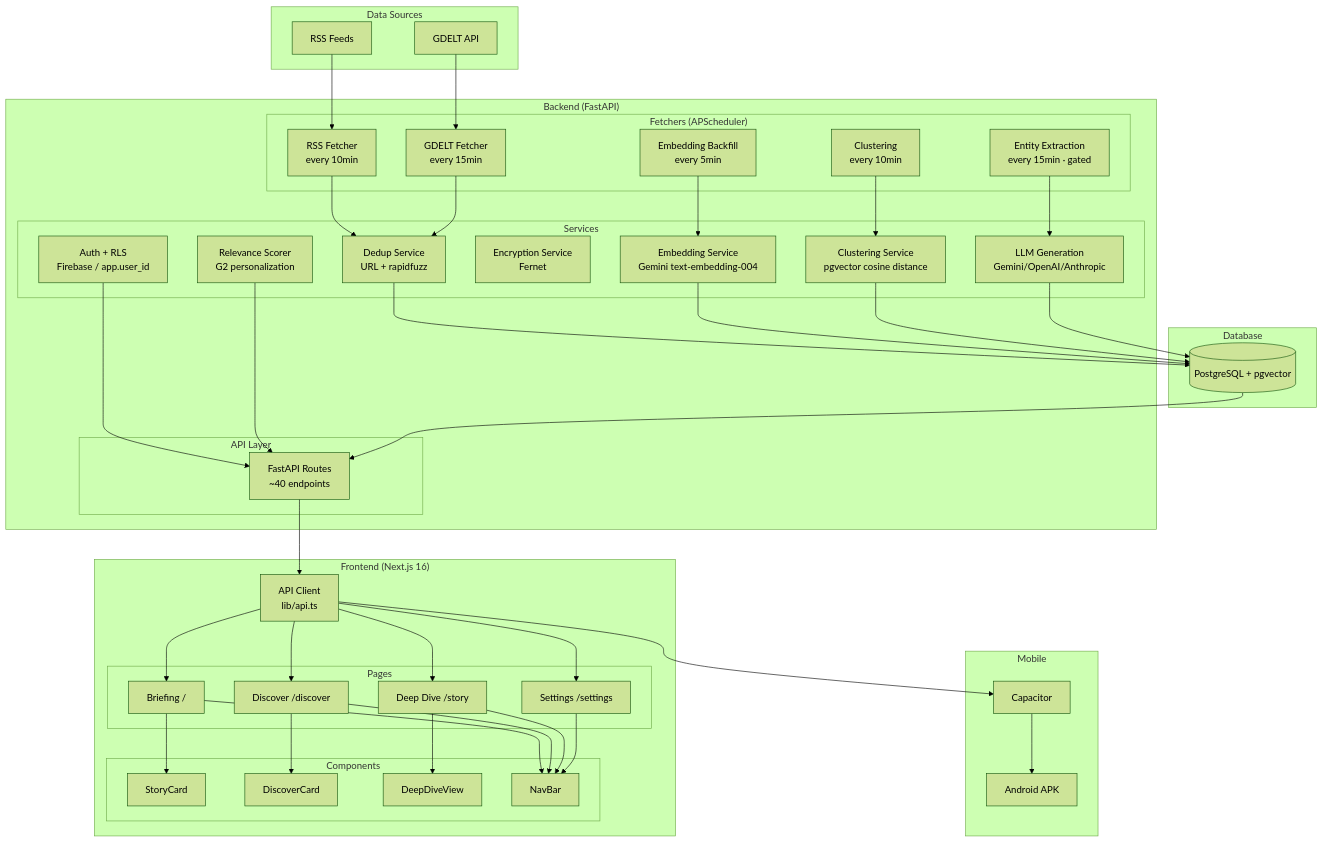
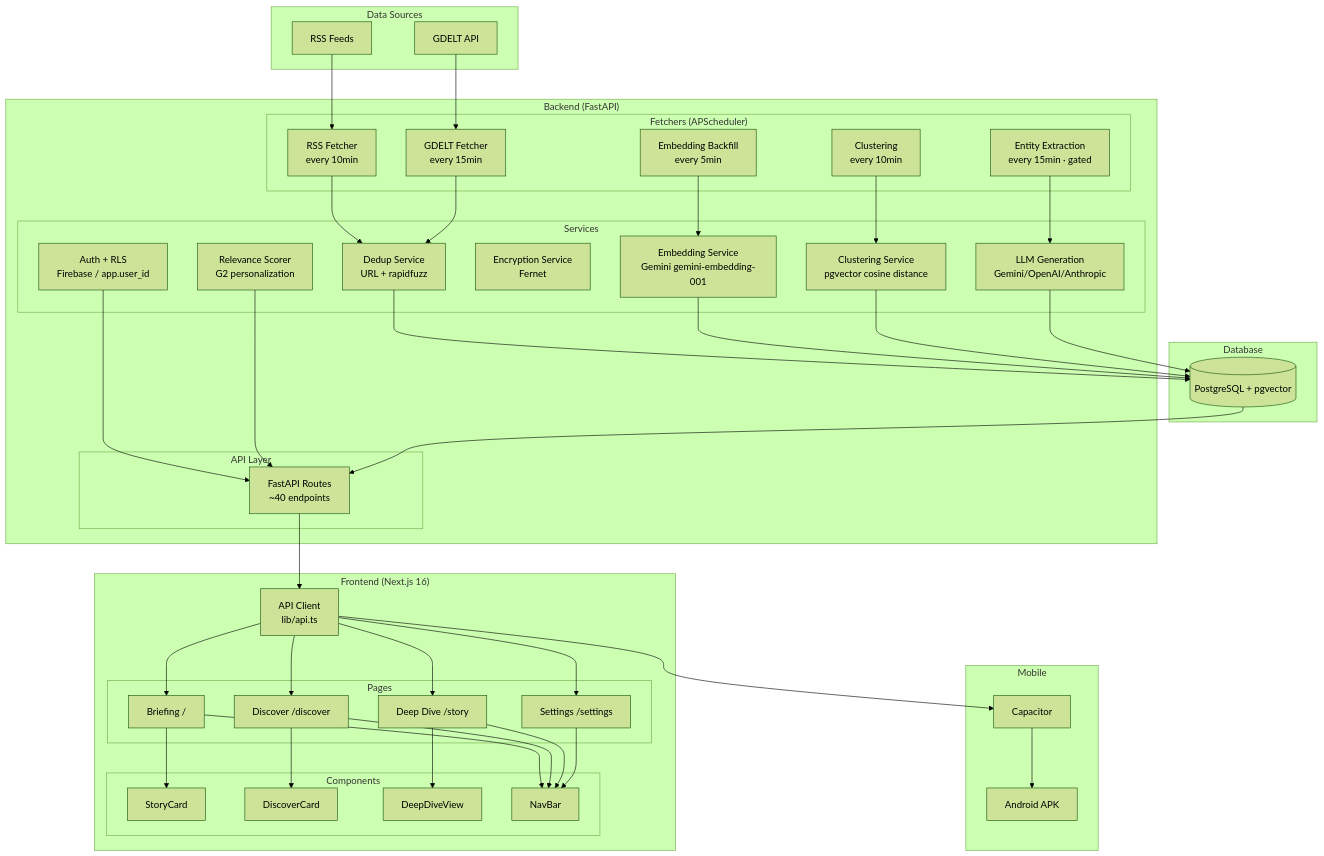
The first of 4 diagrams in ARCHITECTURE.md (Mr-Genesis/newslens), drawn with Mermaid (forest theme) before and after one commit. The commit also changed other lines of this file and 8 other files, not shown here.

First line of the commit message:
fix(embeddings): use gemini-embedding-001 (text-embedding-004 retired -> 404)

````diff
--- a/ARCHITECTURE.md
+++ b/ARCHITECTURE.md
@@ -11,76 +11,76 @@
 ```mermaid
 graph TB
     subgraph "Data Sources"
         RSS[RSS Feeds]
         GDELT[GDELT API]
     end
 
     subgraph "Backend (FastAPI)"
         subgraph "Fetchers (APScheduler)"
             RF[RSS Fetcher<br/>every 10min]
             GF[GDELT Fetcher<br/>every 15min]
             EB[Embedding Backfill<br/>every 5min]
             CL[Clustering<br/>every 10min]
             EE[Entity Extraction<br/>every 15min · gated]
         end
 
         subgraph "Services"
             DEDUP[Dedup Service<br/>URL + rapidfuzz]
-            EMB[Embedding Service<br/>Gemini text-embedding-004]
+            EMB[Embedding Service<br/>Gemini gemini-embedding-001]
             CLUST[Clustering Service<br/>pgvector cosine distance]
             ENC[Encryption Service<br/>Fernet]
             LLM[LLM Generation<br/>Gemini/OpenAI/Anthropic]
             AUTH[Auth + RLS<br/>Firebase / app.user_id]
             REL[Relevance Scorer<br/>G2 personalization]
         end
 
         subgraph "API Layer"
             ROUTES[FastAPI Routes<br/>~40 endpoints]
         end
     end
 
     subgraph "Database"
         PG[(PostgreSQL + pgvector)]
     end
 
     subgraph "Frontend (Next.js 16)"
         subgraph "Pages"
             BRIEF[Briefing /]
             DISC[Discover /discover]
             DEEP[Deep Dive /story]
             SETT[Settings /settings]
         end
 
         subgraph "Components"
             SC[StoryCard]
             DC[DiscoverCard]
             DDV[DeepDiveView]
             NAV[NavBar]
         end
 
         API_CLIENT[API Client<br/>lib/api.ts]
     end
 
     subgraph "Mobile"
         CAP[Capacitor]
         APK[Android APK]
     end
 
     RSS --> RF
     GDELT --> GF
     RF --> DEDUP --> PG
     GF --> DEDUP
     EB --> EMB --> PG
     CL --> CLUST --> PG
     EE --> LLM --> PG
     AUTH --> ROUTES
     REL --> ROUTES
     PG --> ROUTES
     ROUTES --> API_CLIENT
     API_CLIENT --> BRIEF & DISC & DEEP & SETT
     BRIEF --> SC
     DISC --> DC
     DEEP --> DDV
     BRIEF & DISC & DEEP & SETT --> NAV
     API_CLIENT --> CAP --> APK
 ```
````
